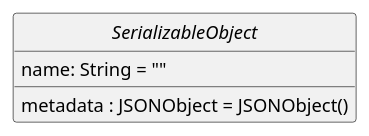
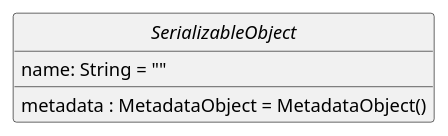
The fifth of 34 diagrams in src/main/md/otio-core.md (sandflow/otio-core-specification), drawn with PlantUML before and after one commit. The commit also changed other lines of this file, not shown here.

Commit message:
Specify constraints on metadata member (#5)

````diff
--- a/src/main/md/otio-core.md
+++ b/src/main/md/otio-core.md
@@ -211,13 +211,13 @@
 ```puml
 @startuml
 hide empty members
 hide circle
 skinparam classAttributeIconSize 0
 
 abstract class SerializableObject {
   name: String = ""
-  metadata : JSONObject = JSONObject()
+  metadata : MetadataObject = MetadataObject()
 }
 
 @enduml
 ```
````
